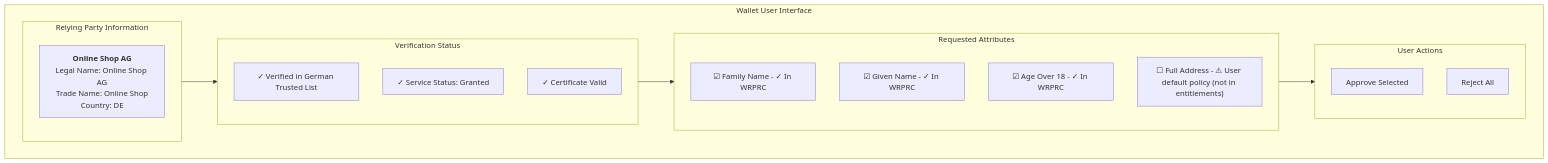
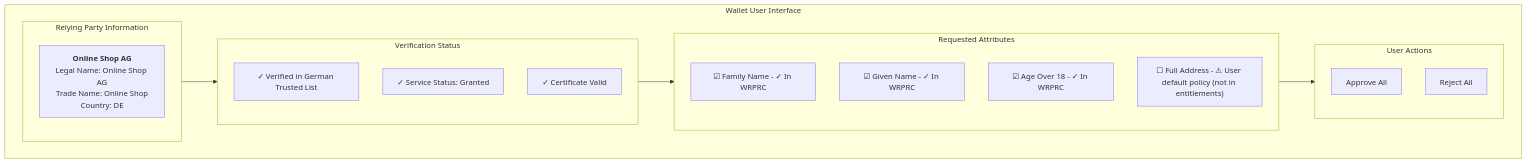
One commit to webuild-consortium/wp4-trust-group changed diagram 11 of 11 in task2-trust-framework/wallet-policy-discovery.md. Above: the diagram before and after it, drawn with Mermaid. The commit also changed other lines of this file, not shown here.

````diff
--- a/task2-trust-framework/wallet-policy-discovery.md
+++ b/task2-trust-framework/wallet-policy-discovery.md
@@ -816,30 +751,30 @@
 ```mermaid
 flowchart TD
     subgraph UI["Wallet User Interface"]
         subgraph RP_Info["Relying Party Information"]
             RP_Name["<b>Online Shop AG</b><br/>Legal Name: Online Shop AG<br/>Trade Name: Online Shop<br/>Country: DE"]
         end
         
         subgraph Verification["Verification Status"]
             V1["✓ Verified in German Trusted List"]
             V2["✓ Service Status: Granted"]
             V3["✓ Certificate Valid"]
         end
         
         subgraph Attributes["Requested Attributes"]
             A1["☑ Family Name - ✓ In WRPRC"]
             A2["☑ Given Name - ✓ In WRPRC"]
             A3["☑ Age Over 18 - ✓ In WRPRC"]
             A4["☐ Full Address - ⚠ User default policy (not in entitlements)"]
         end
         
         subgraph Actions["User Actions"]
-            Approve["Approve Selected"]
+            Approve["Approve All"]
             Reject["Reject All"]
         end
     end
     
         RP_Info --> Verification
     Verification --> Attributes
     Attributes --> Actions
 ```
````
